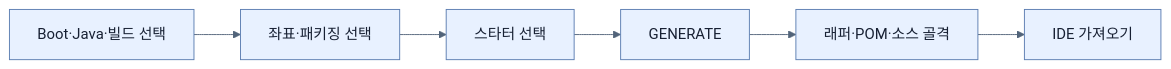
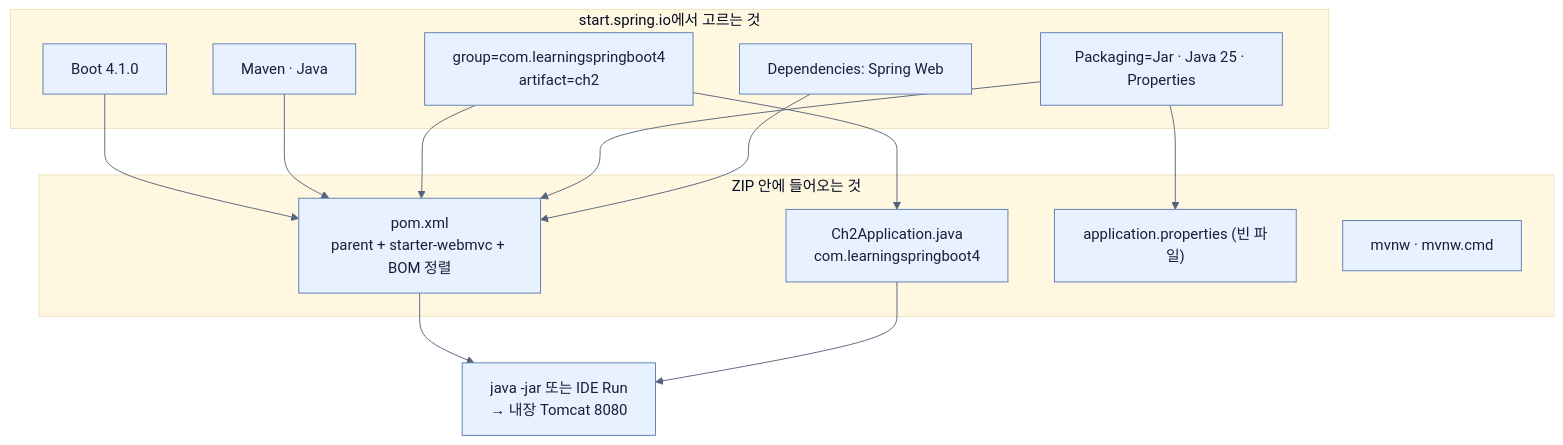
The diagram in spring-boot-4-pdf-notes/part-2-creating-an-application-with-spring-boot/chapter-2-creating-web-and-api-applications-with-spring-boot/01-using-start-spring-io-to-build-apps.md (sing-u8/Learning_Spring_Boot_4), drawn with Mermaid before and after one commit. The commit also changed other lines of this file and 253 other files, not shown here.

````diff
--- a/spring-boot-4-pdf-notes/part-2-creating-an-application-with-spring-boot/chapter-2-creating-web-and-api-applications-with-spring-boot/01-using-start-spring-io-to-build-apps.md
+++ b/spring-boot-4-pdf-notes/part-2-creating-an-application-with-spring-boot/chapter-2-creating-web-and-api-applications-with-spring-boot/01-using-start-spring-io-to-build-apps.md
@@ -32,9 +118,26 @@
 ```mermaid
 %%{init: {'theme': 'base', 'themeVariables': {'background': '#ffffff', 'primaryColor': '#e8f1ff', 'primaryTextColor': '#172033', 'primaryBorderColor': '#5b7db1', 'lineColor': '#52647a', 'secondaryColor': '#f7fbff', 'tertiaryColor': '#fff7df'}}}%%
-flowchart LR
-    A[Boot·Java·빌드 선택] --> B[좌표·패키징 선택]
-    B --> C[스타터 선택]
-    C --> D[GENERATE]
-    D --> E[래퍼·POM·소스 골격]
-    E --> F[IDE 가져오기]
+flowchart TD
+    subgraph CHOICE["start.spring.io에서 고르는 것"]
+        B["Boot 4.1.0"]
+        T["Maven · Java"]
+        C["group=com.learningspringboot4<br/>artifact=ch2"]
+        J["Packaging=Jar · Java 25 · Properties"]
+        D["Dependencies: Spring Web"]
+    end
+    subgraph OUT["ZIP 안에 들어오는 것"]
+        POM["pom.xml<br/>parent + starter-webmvc + BOM 정렬"]
+        APP["Ch2Application.java<br/>com.learningspringboot4"]
+        RES["application.properties (빈 파일)"]
+        WRAP["mvnw · mvnw.cmd"]
+    end
+    B --> POM
+    T --> POM
+    C --> POM
+    C --> APP
+    J --> POM
+    J --> RES
+    D --> POM
+    POM --> RUN["java -jar 또는 IDE Run<br/>→ 내장 Tomcat 8080"]
+    APP --> RUN
 ```
````
